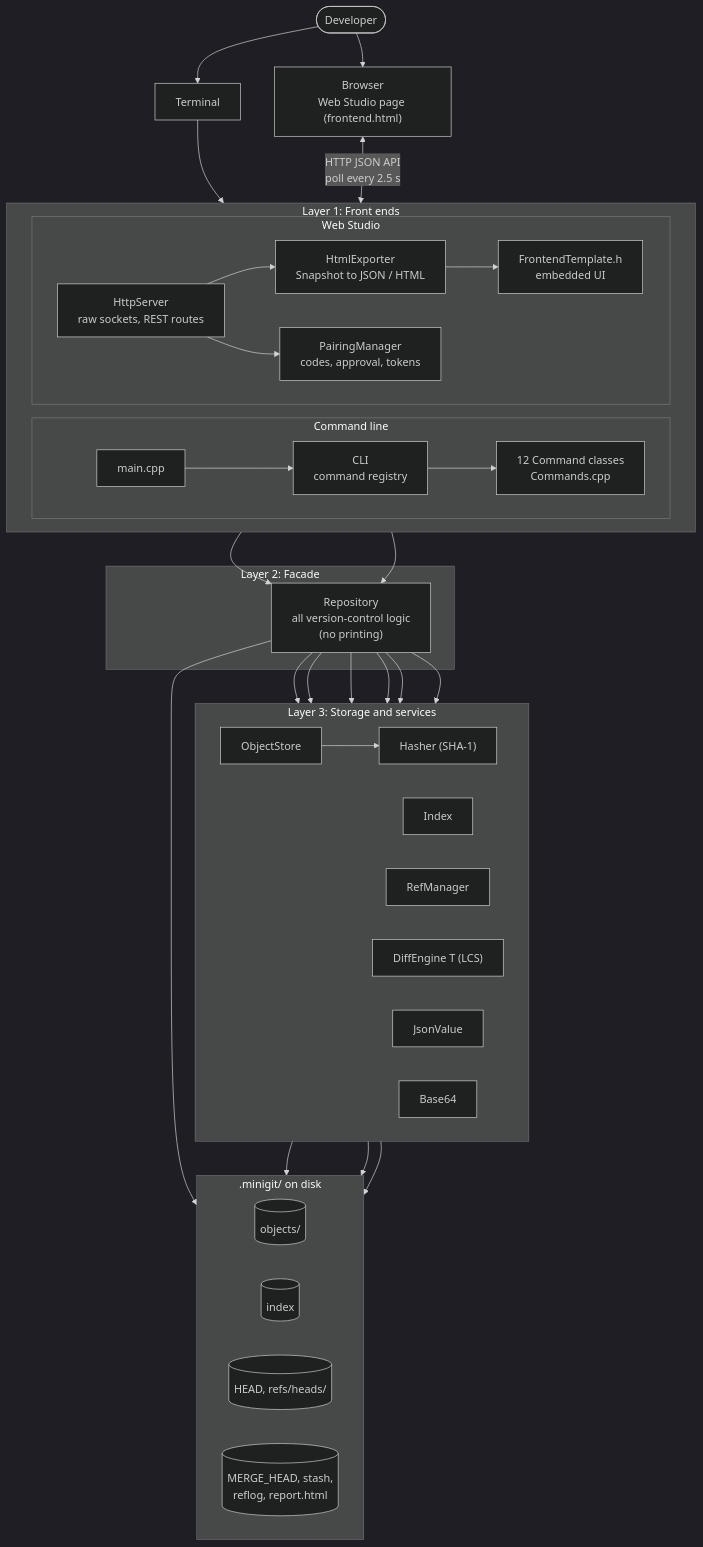
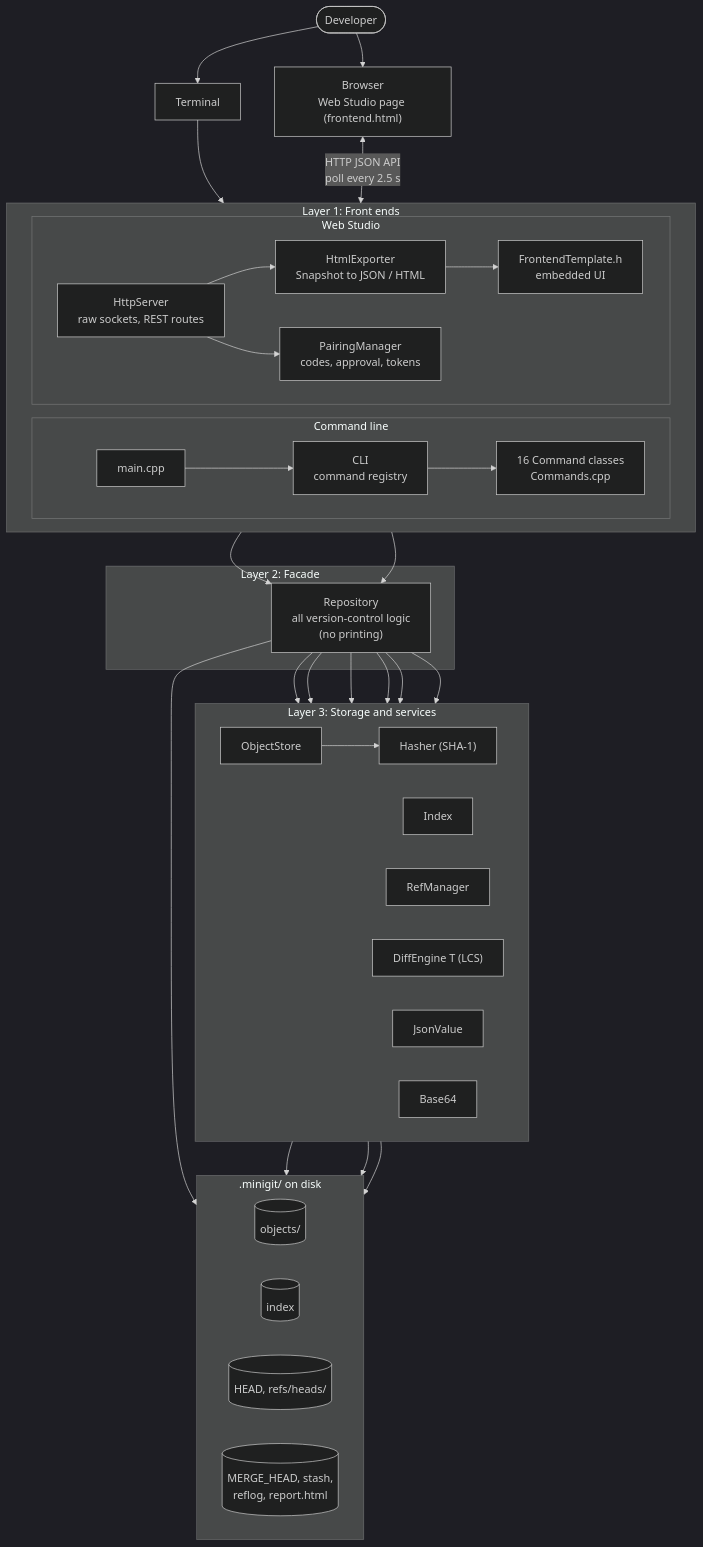
Before and after one commit to tavishchaudhary007/Mini-Git: the first of 12 diagrams in architecture.md, drawn with Mermaid (dark theme). The commit also changed other lines of this file and 7 other files, not shown here.

Commit message:
docs: update README, architecture and diagrams for lane graph, security hardening, tests and license

````diff
--- a/architecture.md
+++ b/architecture.md
@@ -32,58 +34,58 @@
 ```mermaid
 flowchart TB
     User(["Developer"])
     Browser["Browser<br/>Web Studio page (frontend.html)"]
     Terminal["Terminal"]
 
     subgraph FE["Layer 1: Front ends"]
         direction LR
         subgraph CLIF["Command line"]
-            Main["main.cpp"] --> CLI["CLI<br/>command registry"] --> Cmds["12 Command classes<br/>Commands.cpp"]
+            Main["main.cpp"] --> CLI["CLI<br/>command registry"] --> Cmds["16 Command classes<br/>Commands.cpp"]
         end
         subgraph WEB["Web Studio"]
             Server["HttpServer<br/>raw sockets, REST routes"]
             Exporter["HtmlExporter<br/>Snapshot to JSON / HTML"]
             Tmpl["FrontendTemplate.h<br/>embedded UI"]
             Pair["PairingManager<br/>codes, approval, tokens"]
         end
     end
 
     subgraph CORE["Layer 2: Facade"]
         Repo["Repository<br/>all version-control logic<br/>(no printing)"]
     end
 
     subgraph SVC["Layer 3: Storage and services"]
         direction LR
         Store["ObjectStore"]
         Idx["Index"]
         Refs["RefManager"]
         Hasher["Hasher (SHA-1)"]
         Diff["DiffEngine T (LCS)"]
         Json["JsonValue"]
         B64["Base64"]
     end
 
     subgraph DISK[".minigit/ on disk"]
         direction LR
         O[("objects/")]
         I[("index")]
         H[("HEAD, refs/heads/")]
         X[("MERGE_HEAD, stash,<br/>reflog, report.html")]
     end
 
     User --> Terminal --> Main
     User --> Browser
     Browser <-->|"HTTP JSON API<br/>poll every 2.5 s"| Server
     Server --> Exporter --> Tmpl
     Server --> Pair
     Cmds --> Repo
     Server --> Repo
     Repo --> Store --> O
     Repo --> Idx --> I
     Repo --> Refs --> H
     Repo --> X
     Store --> Hasher
     Repo --> Diff
     Repo --> Json
     Repo --> B64
 ```
````
